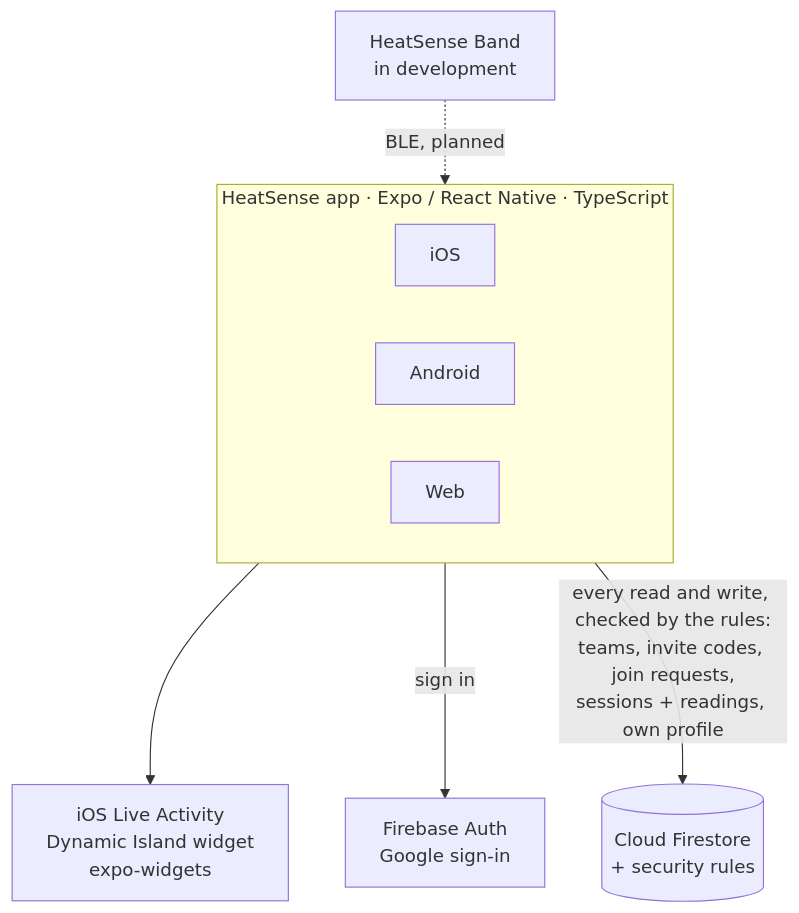
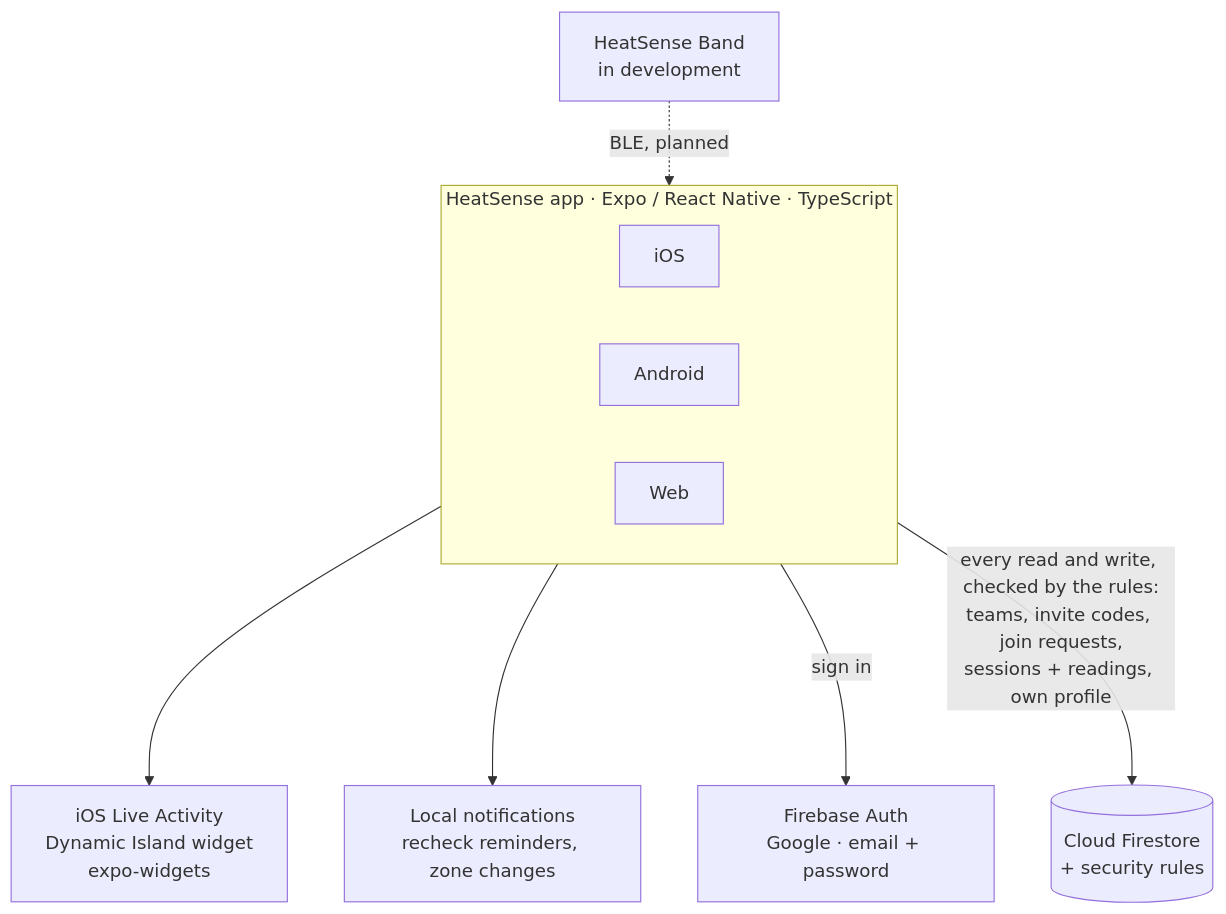
The fourth of 16 diagrams in README.md (s-k-28/heatsense), drawn with Mermaid before and after one commit. The commit also changed other lines of this file, not shown here.

````diff
--- a/README.md
+++ b/README.md
@@ -184,19 +202,21 @@
 ```mermaid
 flowchart TB
     subgraph Client["HeatSense app · Expo / React Native · TypeScript"]
         direction LR
         iOS["iOS"]
         Android["Android"]
         Web["Web"]
     end
 
     Widget["iOS Live Activity<br/>Dynamic Island widget<br/>expo-widgets"]
-    Auth["Firebase Auth<br/>Google sign-in"]
+    Auth["Firebase Auth<br/>Google · email + password"]
+    Notify["Local notifications<br/>recheck reminders, zone changes"]
     FS[("Cloud Firestore<br/>+ security rules")]
     Band["HeatSense Band<br/>in development"]
 
     iOS --> Widget
+    Client --> Notify
     Client -- "sign in" --> Auth
     Client -- "every read and write, checked by the rules:<br/>teams, invite codes, join requests,<br/>sessions + readings, own profile" --> FS
     Band -.->|"BLE, planned"| Client
 ```
````
